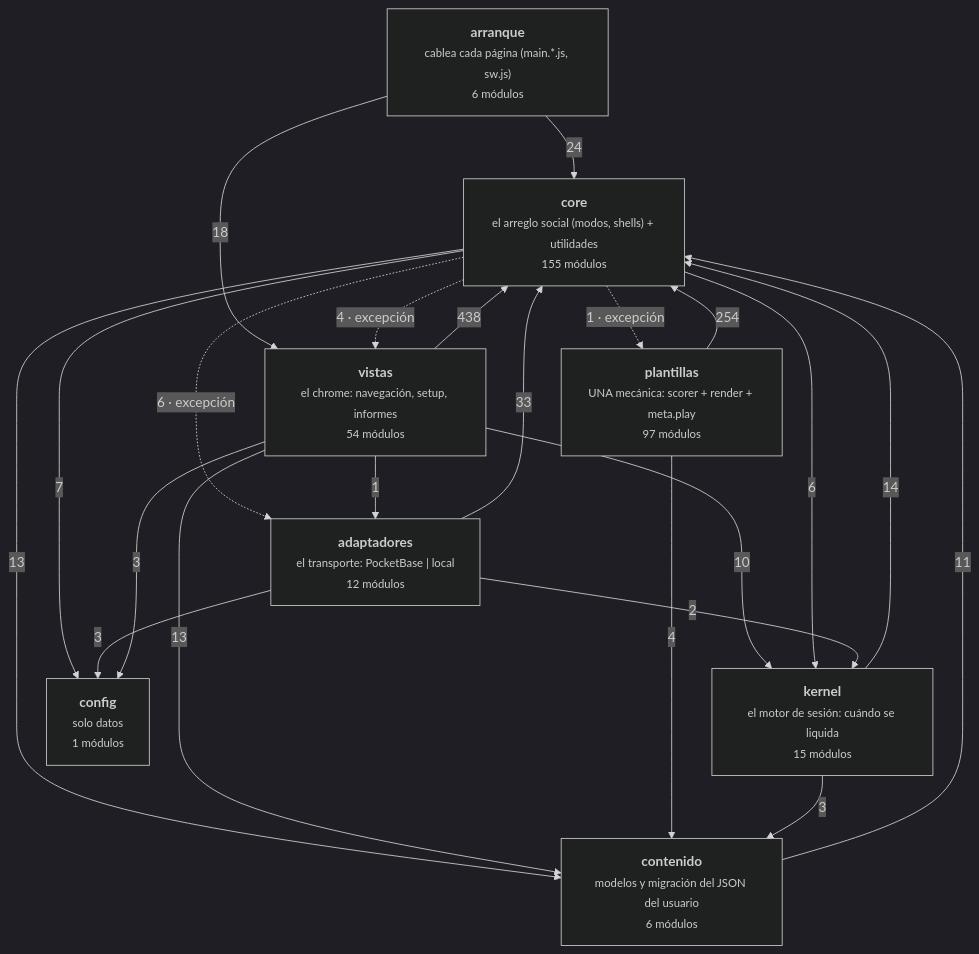
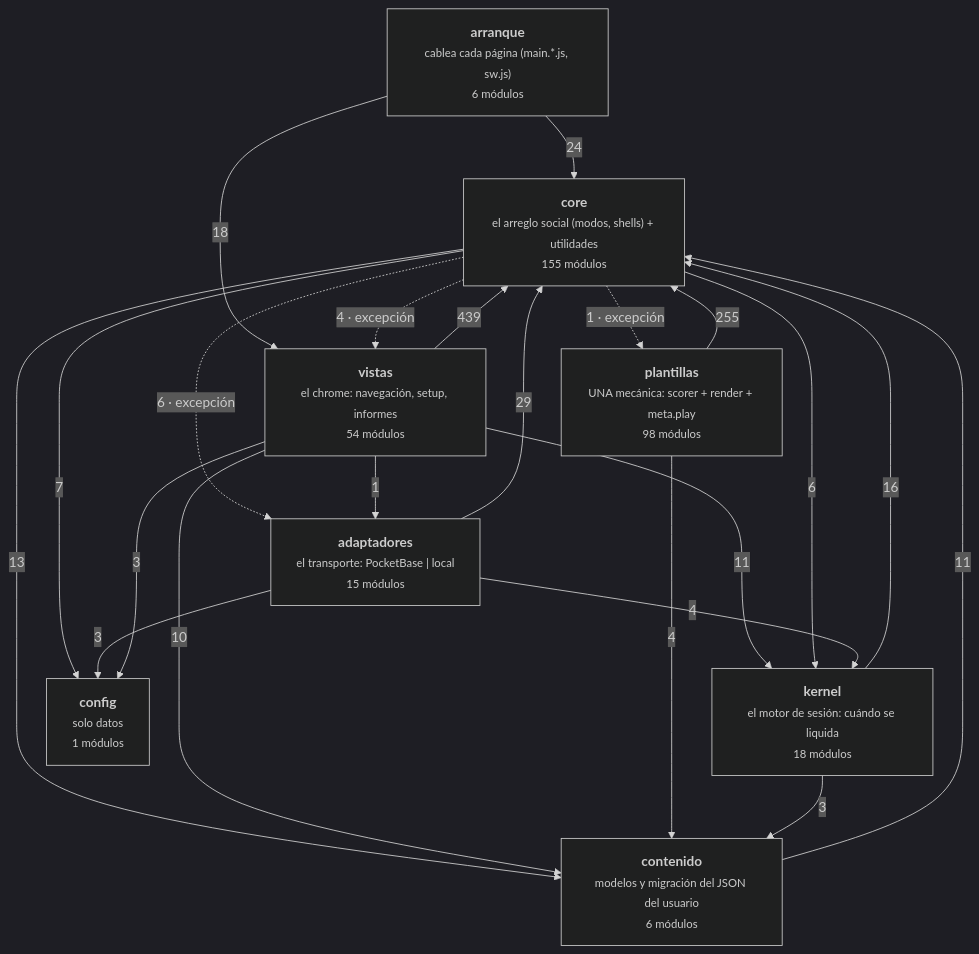
Before and after one commit to duecaz/ac: the diagram in docs/arquitectura-modulos.md, drawn with Mermaid (dark theme). The commit also changed other lines of this file and 87 other files, not shown here.

````diff
--- a/docs/arquitectura-modulos.md
+++ b/docs/arquitectura-modulos.md
@@ -56,32 +56,32 @@
 ```mermaid
 graph TD
   A["<b>arranque</b><br/><small>cablea cada página (main.*.js, sw.js)</small><br/><small>6 módulos</small>"]
   V["<b>vistas</b><br/><small>el chrome: navegación, setup, informes</small><br/><small>54 módulos</small>"]
-  AD["<b>adaptadores</b><br/><small>el transporte: PocketBase | local</small><br/><small>12 módulos</small>"]
+  AD["<b>adaptadores</b><br/><small>el transporte: PocketBase | local</small><br/><small>15 módulos</small>"]
   C["<b>core</b><br/><small>el arreglo social (modos, shells) + utilidades</small><br/><small>155 módulos</small>"]
-  K["<b>kernel</b><br/><small>el motor de sesión: cuándo se liquida</small><br/><small>15 módulos</small>"]
-  T["<b>plantillas</b><br/><small>UNA mecánica: scorer + render + meta.play</small><br/><small>97 módulos</small>"]
+  K["<b>kernel</b><br/><small>el motor de sesión: cuándo se liquida</small><br/><small>18 módulos</small>"]
+  T["<b>plantillas</b><br/><small>UNA mecánica: scorer + render + meta.play</small><br/><small>98 módulos</small>"]
   CO["<b>contenido</b><br/><small>modelos y migración del JSON del usuario</small><br/><small>6 módulos</small>"]
   CF["<b>config</b><br/><small>solo datos</small><br/><small>1 módulos</small>"]
-  V -->|438| C
-  T -->|254| C
-  AD -->|33| C
+  V -->|439| C
+  T -->|255| C
+  AD -->|29| C
   A -->|24| C
   A -->|18| V
-  K -->|14| C
+  K -->|16| C
   C -->|13| CO
-  V -->|13| CO
   CO -->|11| C
-  V -->|10| K
+  V -->|11| K
+  V -->|10| CO
   C -->|7| CF
   C -->|6| K
   C -.->|6 · excepción| AD
+  AD -->|4| K
   C -.->|4 · excepción| V
   T -->|4| CO
   AD -->|3| CF
   K -->|3| CO
   V -->|3| CF
-  AD -->|2| K
   C -.->|1 · excepción| T
   V -->|1| AD
 ```
````
